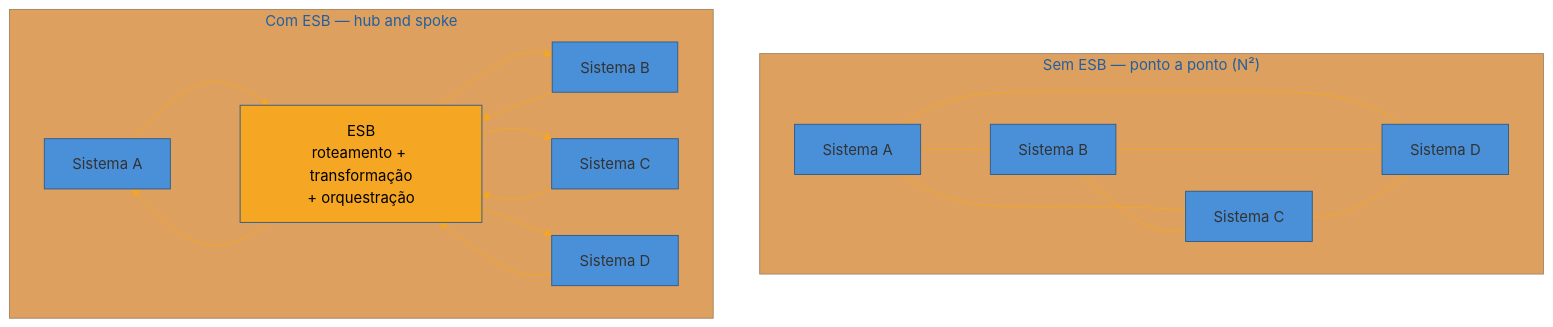
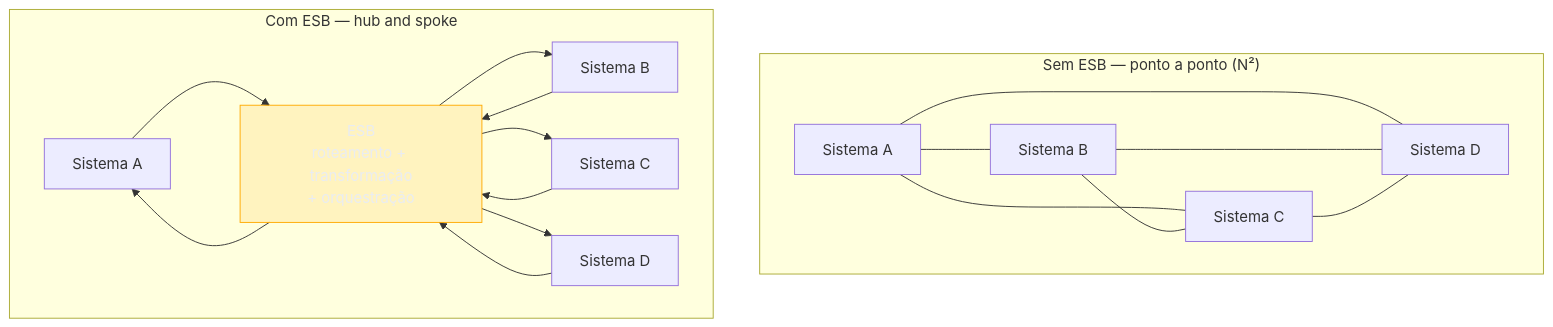
The third of 3 diagrams in 03-Dominios/Engenharia/Comunicação entre Sistemas/4 - Comunicação assíncrona/05 - Legado e padrões enterprise.md (josenaldo/codex-technomanticus), drawn with Mermaid before and after one commit. The commit also changed other lines of this file and 1181 other files, not shown here.

First line of the commit message:
fix(diagramas): paleta do sistema no lugar de cor cravada no markdown

````diff
--- a/03-Dominios/Engenharia/Comunicação entre Sistemas/4 - Comunicação assíncrona/05 - Legado e padrões enterprise.md
+++ b/03-Dominios/Engenharia/Comunicação entre Sistemas/4 - Comunicação assíncrona/05 - Legado e padrões enterprise.md
@@ -129,23 +128,23 @@
 ```mermaid
-%%{init: {"theme": "base", "themeVariables": {"primaryColor": "#4A90D9", "primaryBorderColor": "#2E5C8A", "lineColor": "#F5A623"}}}%%
 graph TB
+    classDef destaque fill:#FFAA0024,stroke:#FFAA00,color:#E9ECF2
     subgraph "Sem ESB — ponto a ponto (N²)"
         A1[Sistema A] --- B1[Sistema B]
         A1 --- C1[Sistema C]
         A1 --- D1[Sistema D]
         B1 --- C1
         B1 --- D1
         C1 --- D1
     end
     subgraph "Com ESB — hub and spoke"
         A2[Sistema A] --> ESB["ESB<br/>roteamento + transformação<br/>+ orquestração"]
         B2[Sistema B] --> ESB
         C2[Sistema C] --> ESB
         D2[Sistema D] --> ESB
         ESB --> A2
         ESB --> B2
         ESB --> C2
         ESB --> D2
     end
-    style ESB fill:#F5A623,color:#000
+    class ESB destaque
 ```
````
